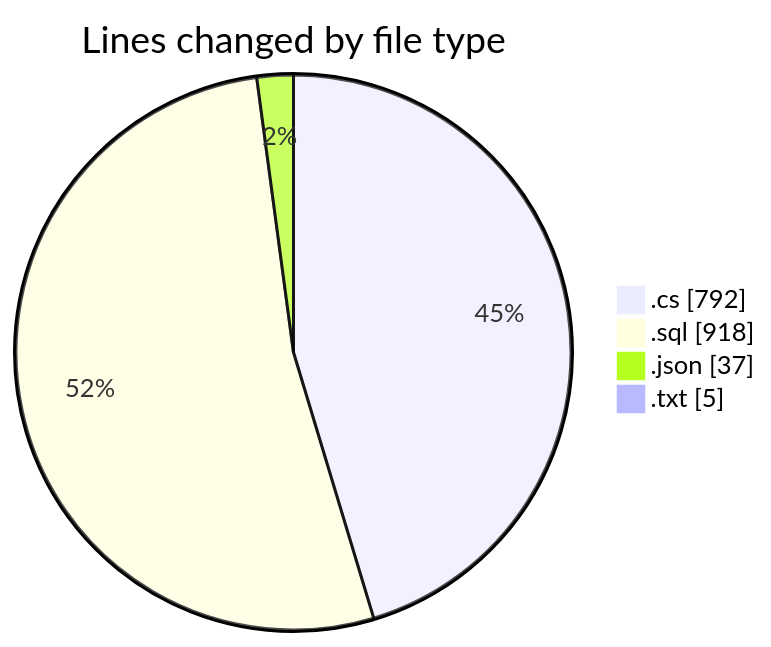
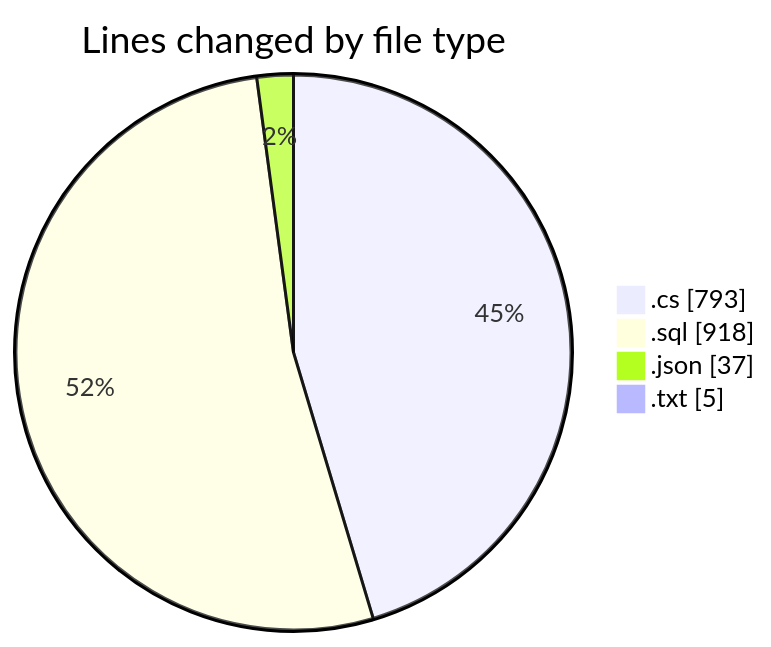
The first of 2 diagrams in 2025-04-04/back-end/README.md (Netris89/code-tracking), drawn with Mermaid before and after one commit. The commit also changed other lines of this file and 1 other file, not shown here.

````diff
--- a/2025-04-04/back-end/README.md
+++ b/2025-04-04/back-end/README.md
@@ -27,8 +27,8 @@
 ```mermaid
 pie showData
 title Lines changed by file type
-".cs" : 792
+".cs" : 793
 ".sql" : 918
 ".json" : 37
 ".txt" : 5
 ```
````
